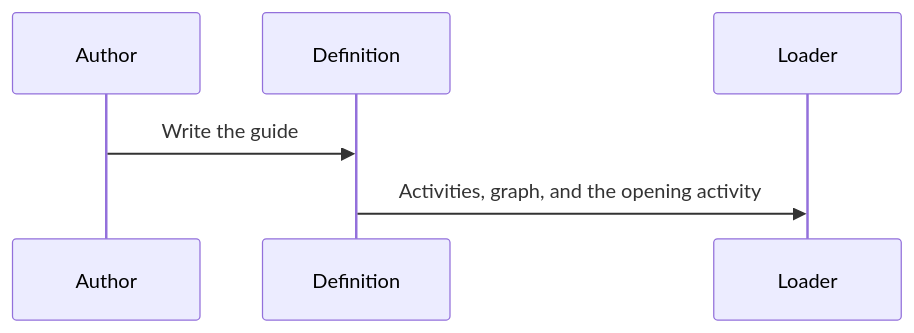
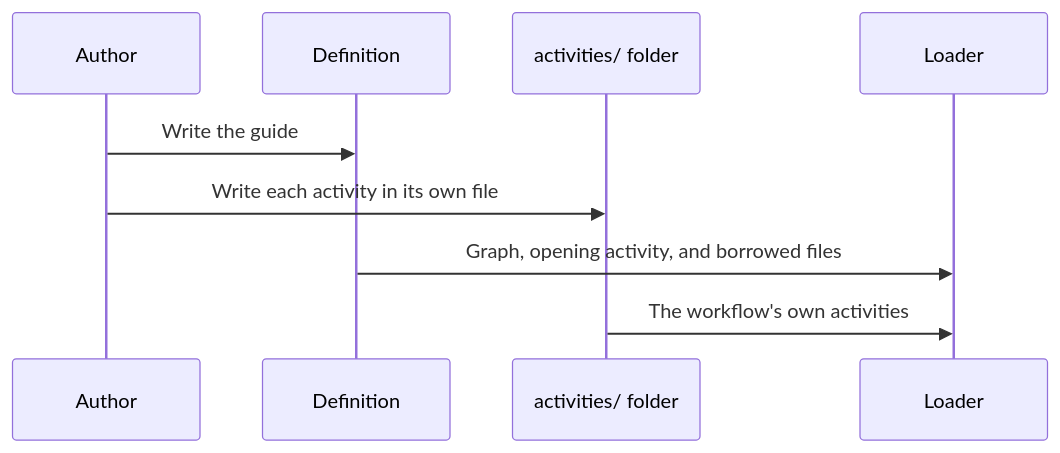
Before and after one commit to m2ux/workflow-server: the first of 6 diagrams in docs/workflow.md, drawn with Mermaid. The commit also changed other lines of this file and 17 other files, not shown here.

````diff
--- a/docs/workflow.md
+++ b/docs/workflow.md
@@ -11,8 +11,11 @@
 ```mermaid
 sequenceDiagram
   participant Author
   participant Definition
+  participant Folder as activities/ folder
   participant Loader
   Author->>Definition: Write the guide
-  Definition->>Loader: Activities, graph, and the opening activity
+  Author->>Folder: Write each activity in its own file
+  Definition->>Loader: Graph, opening activity, and borrowed files
+  Folder->>Loader: The workflow's own activities
 ```
````
